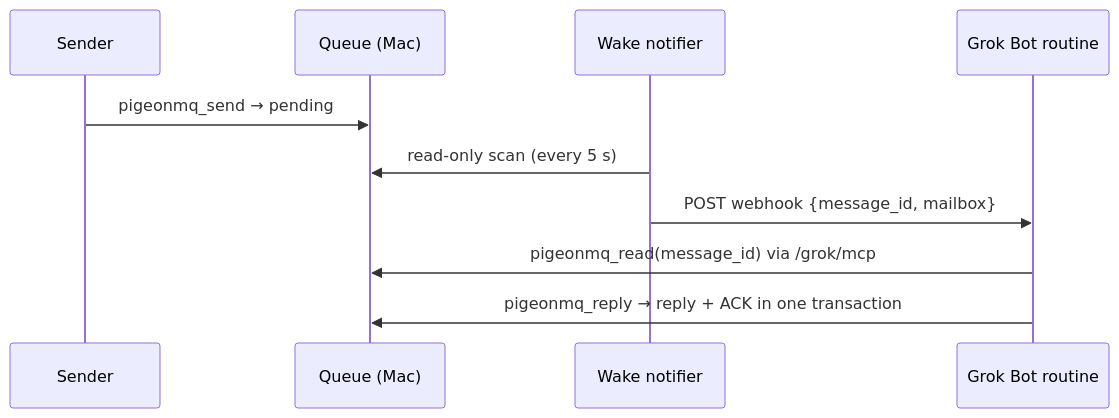
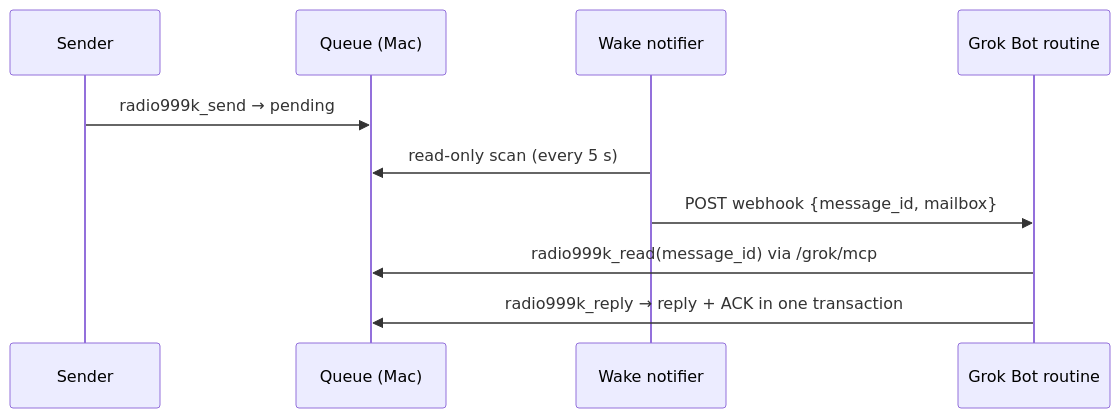
One commit to lazy9sascha/999k changed the second of 5 diagrams in docs/architecture.md. Above: the diagram before and after it, drawn with Mermaid. The commit also changed other lines of this file and 197 other files, not shown here.

````diff
--- a/docs/architecture.md
+++ b/docs/architecture.md
@@ -70,12 +70,12 @@
 ```mermaid
 sequenceDiagram
     participant S as Sender
     participant Q as Queue (Mac)
     participant W as Wake notifier
     participant G as Grok Bot routine
-    S->>Q: pigeonmq_send → pending
+    S->>Q: radio999k_send → pending
     W->>Q: read-only scan (every 5 s)
     W->>G: POST webhook {message_id, mailbox}
-    G->>Q: pigeonmq_read(message_id) via /grok/mcp
-    G->>Q: pigeonmq_reply → reply + ACK in one transaction
+    G->>Q: radio999k_read(message_id) via /grok/mcp
+    G->>Q: radio999k_reply → reply + ACK in one transaction
 ```
````
